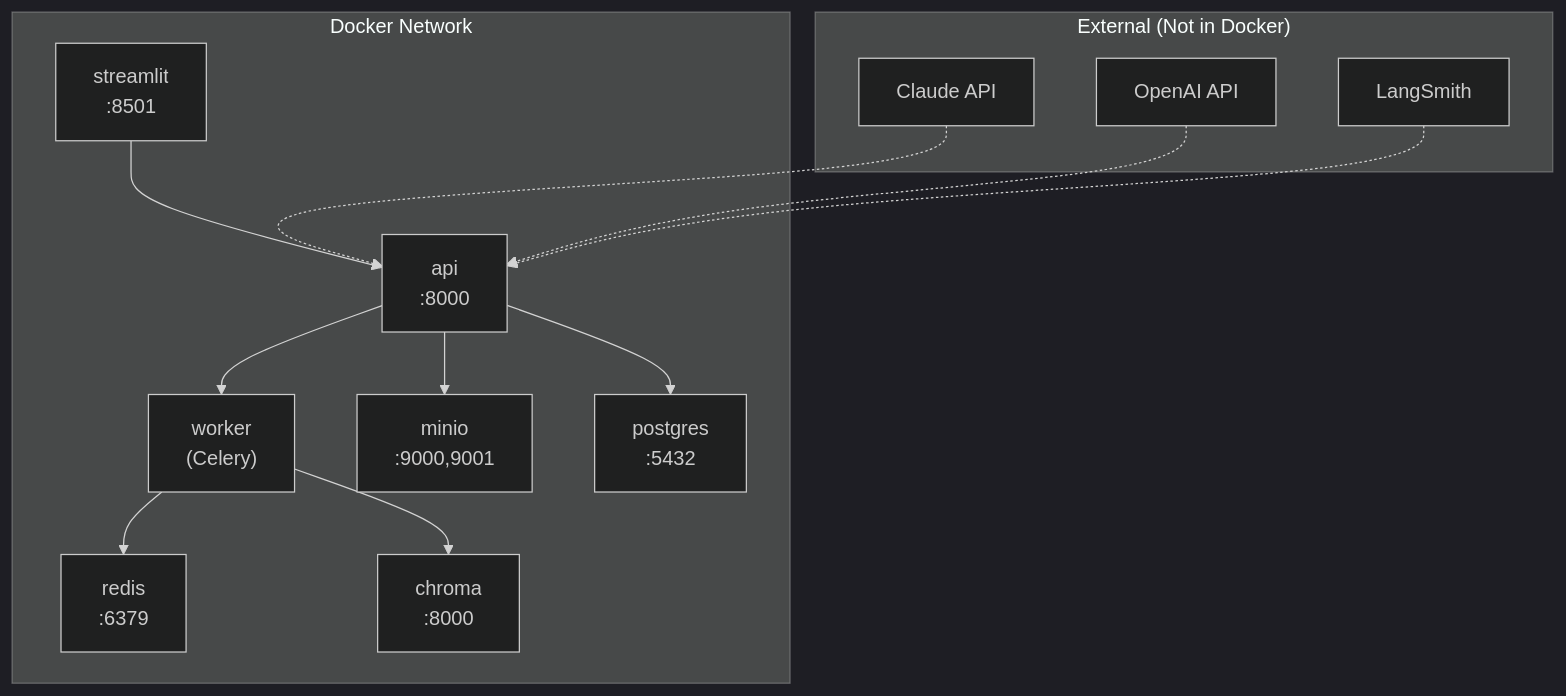
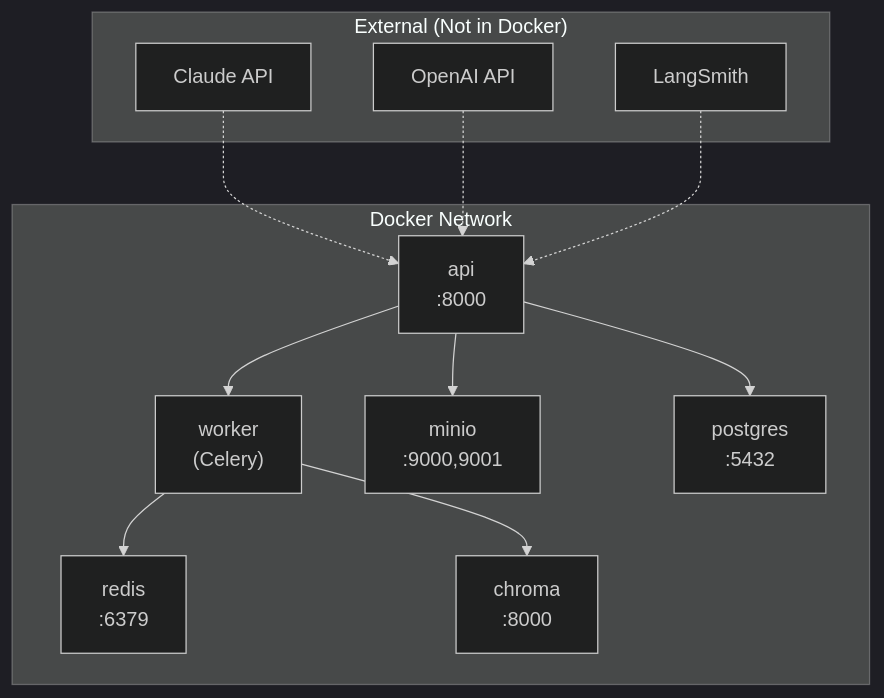
One commit to rrequeena/docops-agent changed the diagram in docs/DOCKER_SETUP.md. Above: the diagram before and after it, drawn with Mermaid (dark theme). The commit also changed other lines of this file and 21 other files, not shown here.

````diff
--- a/docs/DOCKER_SETUP.md
+++ b/docs/DOCKER_SETUP.md
@@ -35,29 +35,27 @@
 ```mermaid
 flowchart TB
     subgraph External["External (Not in Docker)"]
         Claude["Claude API"]
         OpenAI["OpenAI API"]
         LangSmith["LangSmith"]
     end
 
     subgraph Docker["Docker Network"]
-        Streamlit["streamlit<br/>:8501"]
         API["api<br/>:8000"]
         Worker["worker<br/>(Celery)"]
         Redis["redis<br/>:6379"]
         MinIO["minio<br/>:9000,9001"]
         Postgres["postgres<br/>:5432"]
         Chroma["chroma<br/>:8000"]
     end
 
-    Streamlit --> API
     API --> Worker
     Worker --> Redis
     API --> MinIO
     API --> Postgres
     Worker --> Chroma
 
     Claude -.-> API
     OpenAI -.-> API
     LangSmith -.-> API
 ```
````
